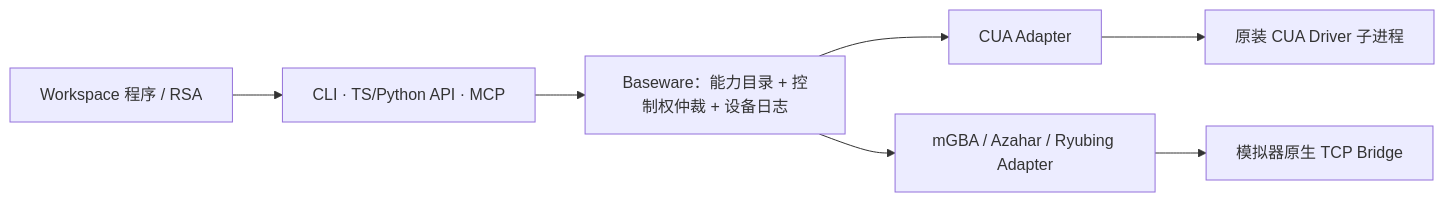
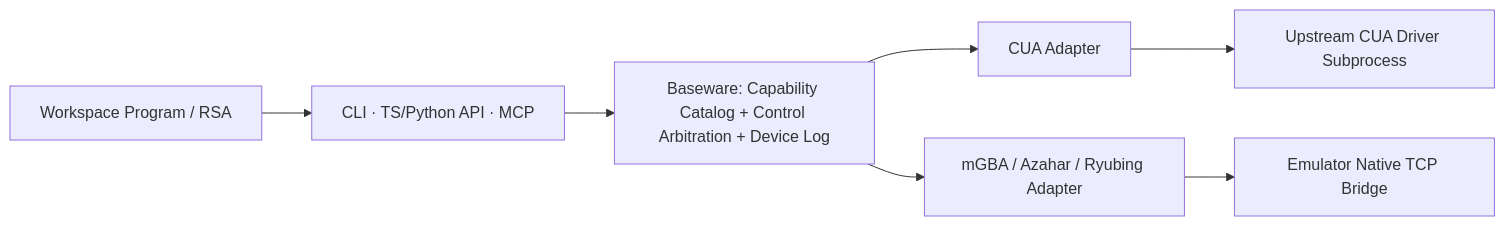
Before and after one commit to luokerenx4/Ludens-alpha: the diagram in docs/en/reference/baseware.md, drawn with Mermaid. The commit also changed 3 other files, not shown here.

Commit message:
docs: fix outdated README doc links and translate English Mermaid labels

````diff
--- a/docs/en/reference/baseware.md
+++ b/docs/en/reference/baseware.md
@@ -12,9 +12,9 @@
 ```mermaid
 flowchart LR
-    W[Workspace 程序 / RSA] --> C[CLI · TS/Python API · MCP]
-    C --> B[Baseware：能力目录 + 控制权仲裁 + 设备日志]
+    W[Workspace Program / RSA] --> C[CLI · TS/Python API · MCP]
+    C --> B[Baseware: Capability Catalog + Control Arbitration + Device Log]
     B --> U[CUA Adapter]
-    U --> N[原装 CUA Driver 子进程]
+    U --> N[Upstream CUA Driver Subprocess]
     B --> E[mGBA / Azahar / Ryubing Adapter]
-    E --> H[模拟器原生 TCP Bridge]
+    E --> H[Emulator Native TCP Bridge]
 ```
````
